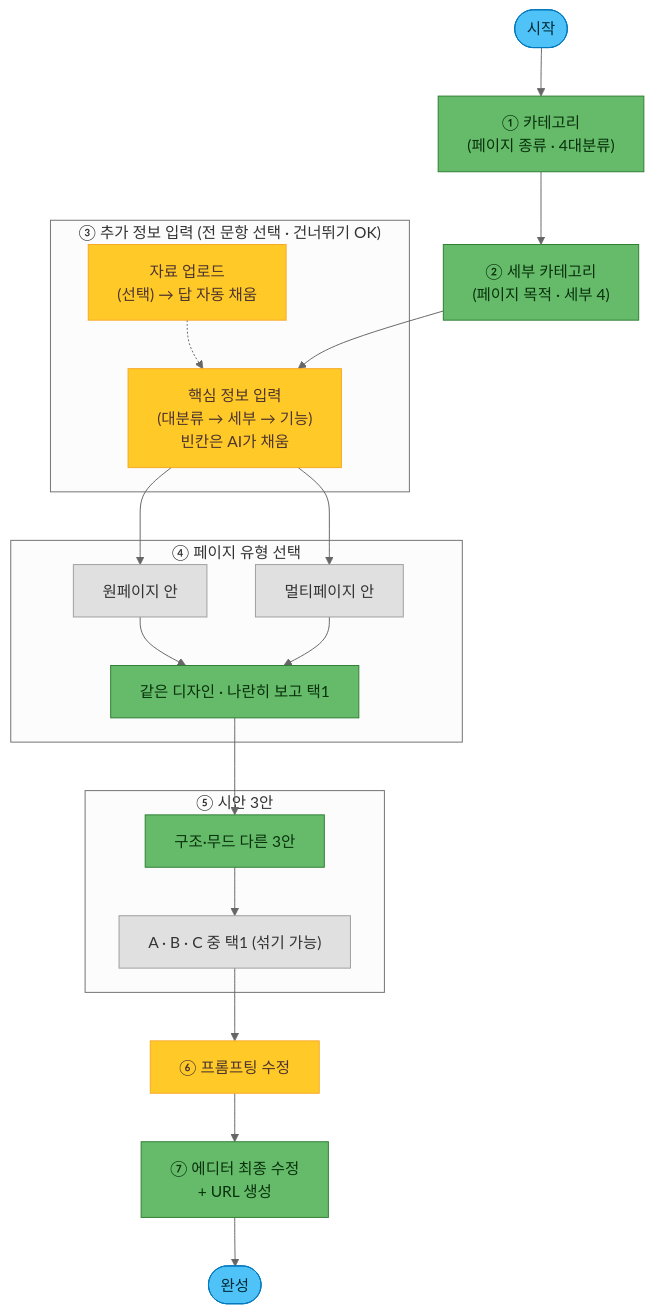
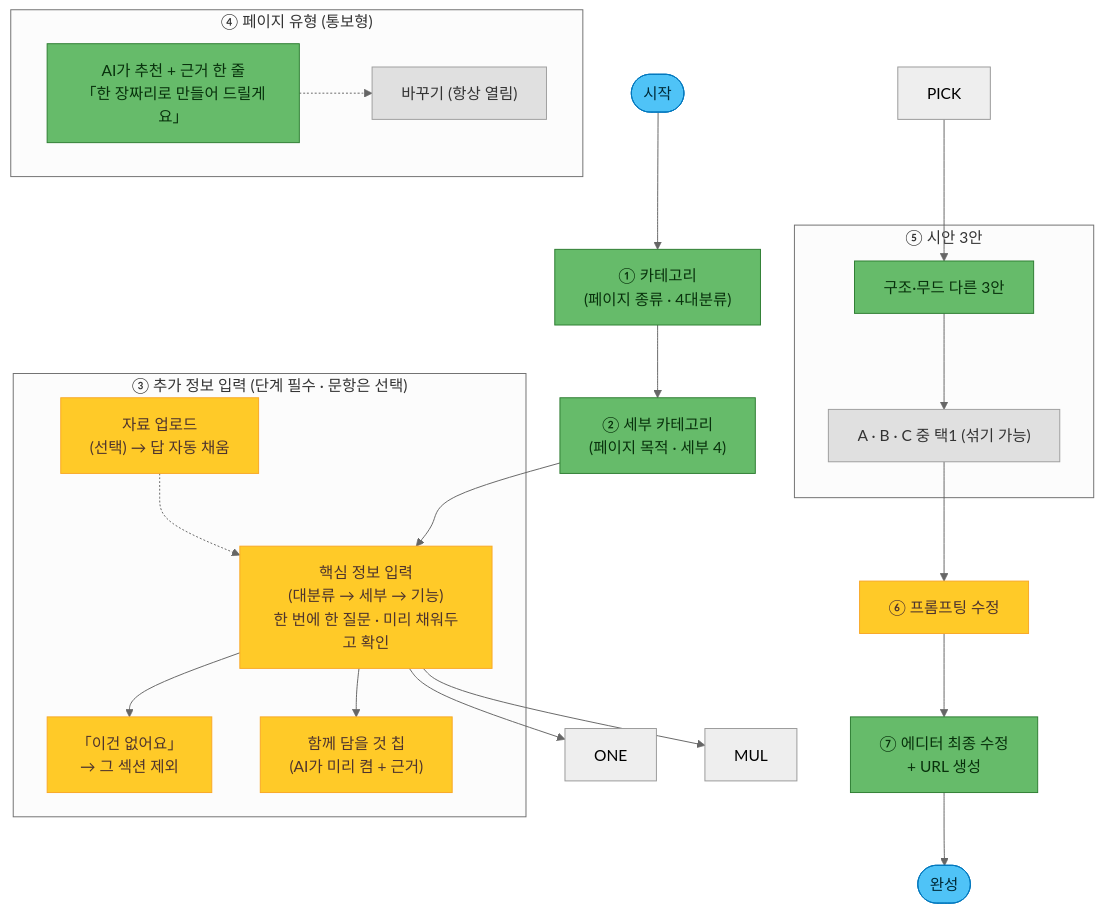
One commit to CdBd-in/cdbd-templates changed the diagram in 1. 작업 가이드/1-9. AI 유저 플로우.md. Above: the diagram before and after it, drawn with Mermaid (neutral theme). The commit also changed other lines of this file and 1 other file, not shown here.

Commit message:
vault backup: 2026-09-04 16:08:29

````diff
--- a/1. 작업 가이드/1-9. AI 유저 플로우.md
+++ b/1. 작업 가이드/1-9. AI 유저 플로우.md
@@ -495,37 +495,39 @@
 ```mermaid
 flowchart TD
     Start(["시작"]):::term
     C1["① 카테고리<br/>(페이지 종류 · 4대분류)"]:::req
     C2["② 세부 카테고리<br/>(페이지 목적 · 세부 4)"]:::req
-    subgraph P3["③ 추가 정보 입력 (전 문항 선택 · 건너뛰기 OK)"]
-        QS["핵심 정보 입력<br/>(대분류 → 세부 → 기능)<br/>빈칸은 AI가 채움"]:::opt
+    subgraph P3["③ 추가 정보 입력 (단계 필수 · 문항은 선택)"]
+        QS["핵심 정보 입력<br/>(대분류 → 세부 → 기능)<br/>한 번에 한 질문 · 미리 채워두고 확인"]:::opt
+        NO["「이건 없어요」<br/>→ 그 섹션 제외"]:::opt
+        CH["함께 담을 것 칩<br/>(AI가 미리 켬 + 근거)"]:::opt
         UP["자료 업로드<br/>(선택) → 답 자동 채움"]:::opt
         UP -.-> QS
+        QS --> NO
+        QS --> CH
     end
-    subgraph P4["④ 페이지 유형 선택"]
-        ONE["원페이지 안"]:::sub
-        MUL["멀티페이지 안"]:::sub
-        PICK["같은 디자인 · 나란히 보고 택1"]:::req
-        ONE --> PICK
-        MUL --> PICK
+    subgraph P4["④ 페이지 유형 (통보형)"]
+        REC["AI가 추천 + 근거 한 줄<br/>「한 장짜리로 만들어 드릴게요」"]:::req
+        CHG["바꾸기 (항상 열림)"]:::sub
+        REC -.-> CHG
     end
     subgraph P5["⑤ 시안 3안"]
         G["구조·무드 다른 3안"]:::req
         ABC["A · B · C 중 택1 (섞기 가능)"]:::sub
         G --> ABC
     end
     P6["⑥ 프롬프팅 수정"]:::opt
     P7["⑦ 에디터 최종 수정<br/>+ URL 생성"]:::req
     Done(["완성"]):::term
 
     Start --> C1 --> C2 --> QS
     QS --> ONE
     QS --> MUL
     PICK --> G
     ABC --> P6 --> P7 --> Done
 
     classDef term fill:#4FC3F7,stroke:#0277BD,color:#012B39;
     classDef opt fill:#FFCA28,stroke:#F9A825,color:#4E342E;
     classDef req fill:#66BB6A,stroke:#2E7D32,color:#08310C;
     classDef sub fill:#E0E0E0,stroke:#9E9E9E,color:#333333;
 ```
````
